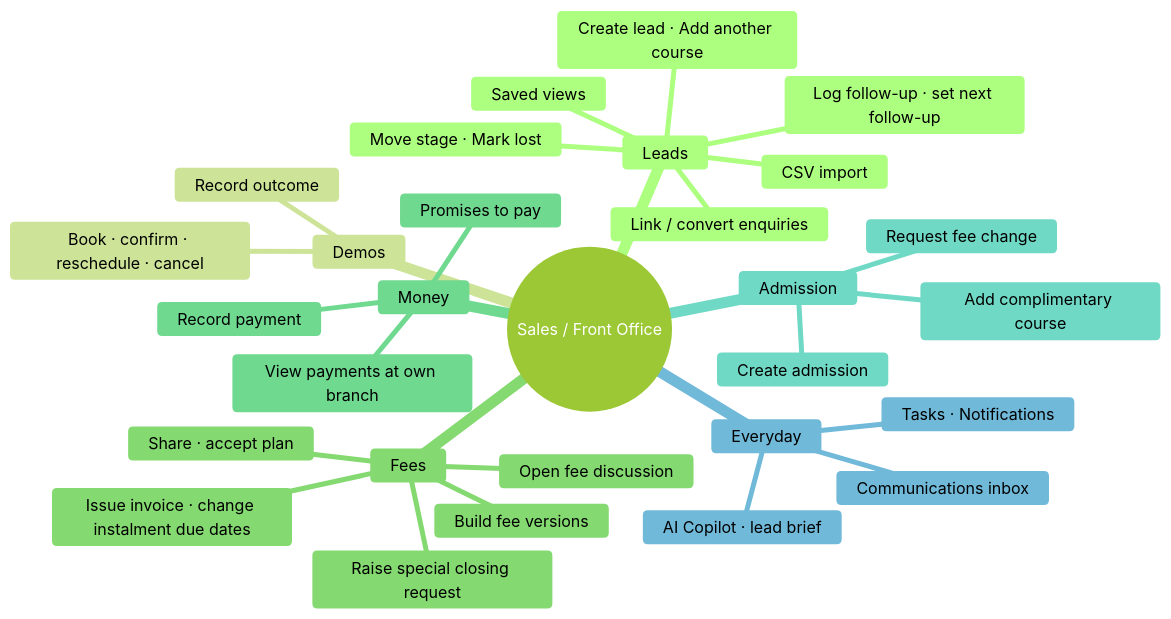
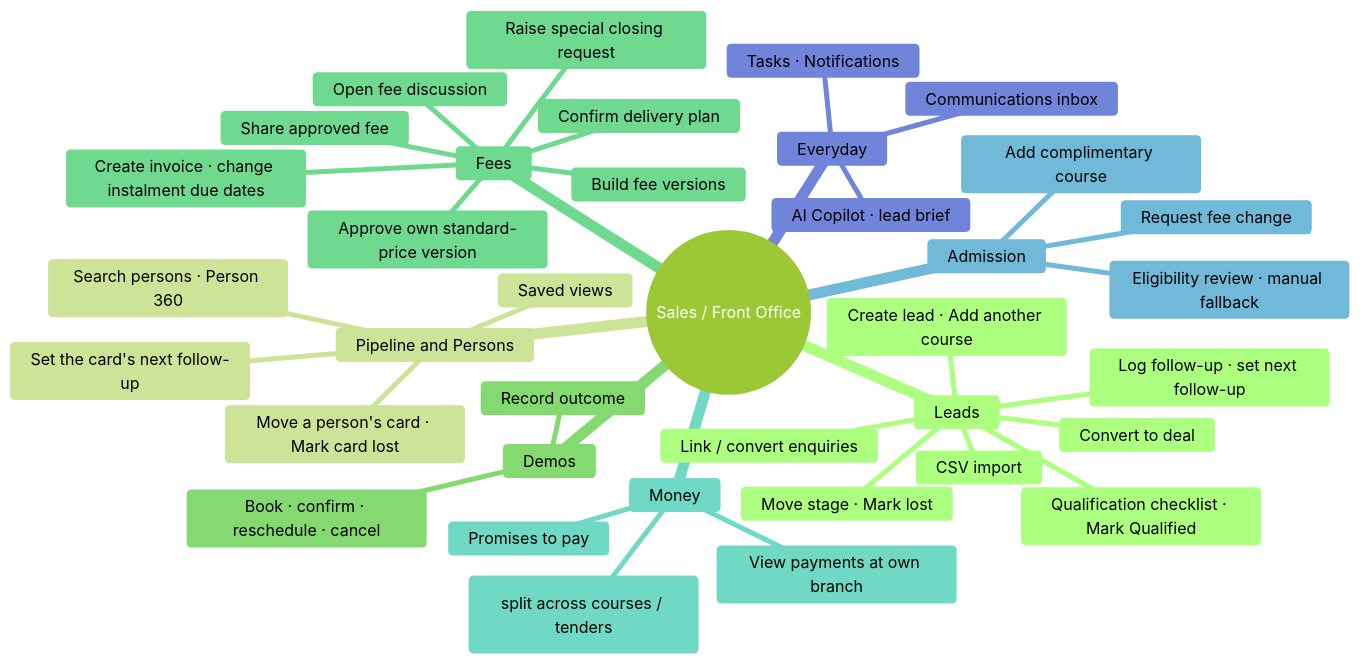
The fourth of 19 diagrams in docs/ROLE_GUIDE.md (misterpk-18/nipunacrm), drawn with Mermaid (forest theme) before and after one commit. The commit also changed other lines of this file and 152 other files, not shown here.

First line of the commit message:
Build V4: pipeline entries, qualify/convert, flexible instalments, delivery plans, multi-course invoices, receipts, and new frontend screens

````diff
--- a/docs/ROLE_GUIDE.md
+++ b/docs/ROLE_GUIDE.md
@@ -118,32 +122,40 @@
 ```mermaid
 mindmap
   root(("Sales / Front Office"))
     Leads
       Create lead · Add another course
       CSV import
       Log follow-up · set next follow-up
+      Qualification checklist · Mark Qualified
+      Convert to deal
       Move stage · Mark lost
       Link / convert enquiries
+    Pipeline and Persons
+      Move a person's card · Mark card lost
+      Set the card's next follow-up
+      Search persons · Person 360
       Saved views
     Demos
       Book · confirm · reschedule · cancel
       Record outcome
     Fees
       Open fee discussion
       Build fee versions
       Raise special closing request
-      Share · accept plan
-      Issue invoice · change instalment due dates
+      Approve own standard-price version
+      Share approved fee
+      Confirm delivery plan
+      Create invoice · change instalment due dates
     Money
-      Record payment
+      Record payment claim (split across courses / tenders)
       View payments at own branch
       Promises to pay
     Admission
-      Create admission
+      Eligibility review · manual fallback
       Add complimentary course
       Request fee change
     Everyday
       Tasks · Notifications
       Communications inbox
       AI Copilot · lead brief
 ```
````
